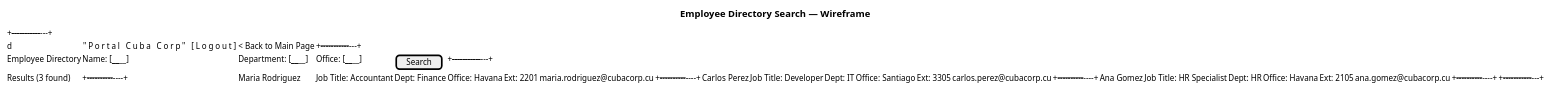
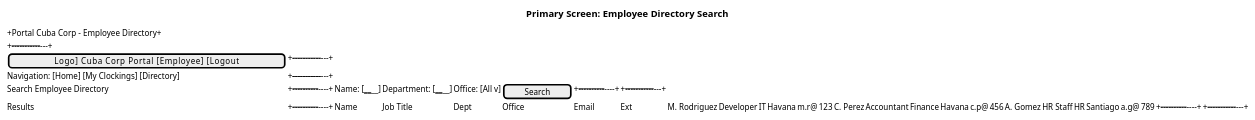
Before and after one commit to banense-test/portal-cuba-corp: diagram 29 of 32 in docs/artifacts/analysis---design/design-model.md, drawn with PlantUML. The commit also changed other lines of this file, not shown here.

````diff
--- a/docs/artifacts/analysis---design/design-model.md
+++ b/docs/artifacts/analysis---design/design-model.md
@@ -2272,35 +2199,29 @@
 ```plantuml
 @startsalt
-title Employee Directory Search — Wireframe
+title Primary Screen: Employee Directory Search
 {
+  +Portal Cuba Corp - Employee Directory+
   +----------------------------------------------------------+
-  |d{"Portal Cuba Corp"                        [Logout] }|
-  |  < Back to Main Page                                     |
+  |  [Logo]  Cuba Corp Portal          [Employee] [Logout]    |
   +----------------------------------------------------------+
-  |  Employee Directory                                      |
-  |  Name: [____________]                                    |
-  |  Department: [____________]                              |
-  |  Office: [____________]                                  |
-  |  [ Search ]                                              |
+  |  Navigation: [Home] [My Clockings] [Directory]             |
   +----------------------------------------------------------+
-  |  Results (3 found)                                      |
+  |  Search Employee Directory                                 |
   |  +------------------------------------------------------+|
-  |  | Maria Rodriguez                                      ||
-  |  | Job Title: Accountant | Dept: Finance               ||
-  |  | Office: Havana | Ext: 2201                           ||
-  |  | maria.rodriguez@cubacorp.cu                          ||
+  |  |  Name: [____________]                                ||
+  |  |  Department: [____________]                          ||
+  |  |  Office: [All v]                                    ||
+  |  |  [   Search   ]                                     ||
   |  +------------------------------------------------------+|
-  |  | Carlos Perez                                         ||
-  |  | Job Title: Developer | Dept: IT                     ||
-  |  | Office: Santiago | Ext: 3305                         ||
-  |  | carlos.perez@cubacorp.cu                             ||
+  +----------------------------------------------------------+
+  |  Results                                                   |
   |  +------------------------------------------------------+|
-  |  | Ana Gomez                                            ||
-  |  | Job Title: HR Specialist | Dept: HR                 ||
-  |  | Office: Havana | Ext: 2105                           ||
-  |  | ana.gomez@cubacorp.cu                                ||
+  |  |Name           | Job Title  | Dept    | Office | Email|Ext||
+  |  |M. Rodriguez   | Developer  | IT      | Havana | m.r@ | 123||
+  |  |C. Perez       | Accountant | Finance | Havana | c.p@ | 456||
+  |  |A. Gomez       | HR Staff   | HR      | Santiago| a.g@ | 789||
   |  +------------------------------------------------------+|
   +----------------------------------------------------------+
 }
 @endsalt
 ```
````
